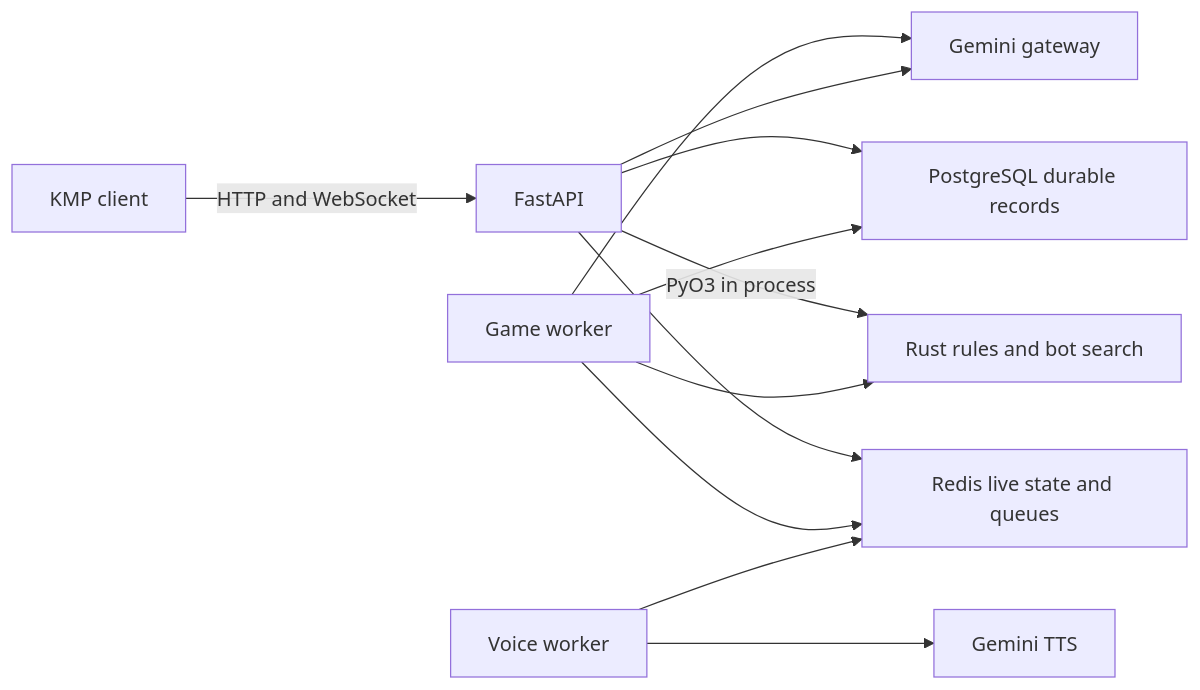
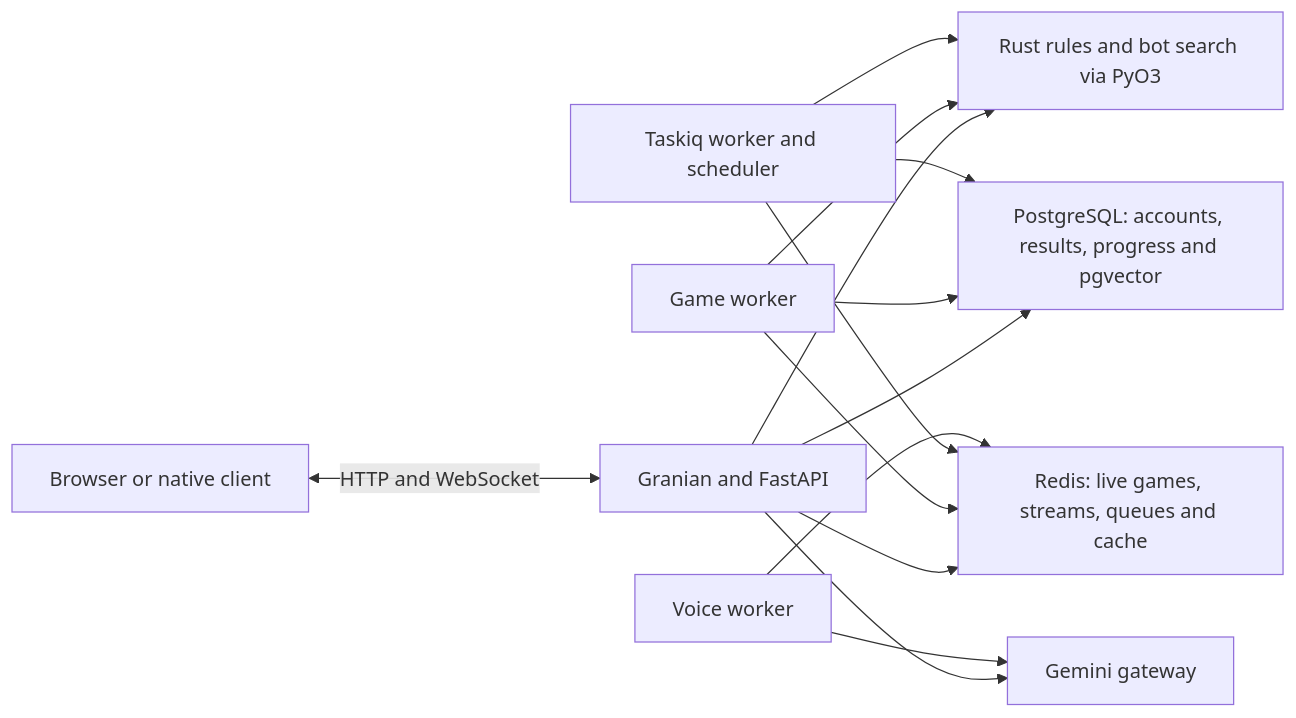
One commit to kishore-bot/DonkE-Backend changed the diagram in docs/STUDY_NOTES.md. Above: the diagram before and after it, drawn with Mermaid. The commit also changed other lines of this file and 17 other files, not shown here.

First line of the commit message:
Isolate game worker scheduling and fence backend retries

````diff
--- a/docs/STUDY_NOTES.md
+++ b/docs/STUDY_NOTES.md
@@ -12,14 +12,16 @@
 ```mermaid
 flowchart LR
-    Client[KMP client] -->|HTTP and WebSocket| API[FastAPI]
-    API -->|PyO3 in process| Engine[Rust rules and bot search]
-    API --> Redis[Redis live state and queues]
-    API --> PG[PostgreSQL durable records]
-    GameWorker[Game worker] --> Redis
-    GameWorker --> PG
-    GameWorker --> Engine
-    GameWorker --> Gateway[Gemini gateway]
-    API --> Gateway
-    VoiceWorker[Voice worker] --> Redis
-    VoiceWorker --> TTS[Gemini TTS]
+    Client[Browser or native client] <-->|HTTP and WebSocket| API[Granian and FastAPI]
+    API --> Rust[Rust rules and bot search via PyO3]
+    API --> Redis[Redis: live games, streams, queues and cache]
+    API --> PG[PostgreSQL: accounts, results, progress and pgvector]
+    Worker[Game worker] --> Rust
+    Worker --> Redis
+    Worker --> PG
+    Jobs[Taskiq worker and scheduler] --> Redis
+    Jobs --> PG
+    Jobs --> Rust
+    API --> Gemini[Gemini gateway]
+    Voice[Voice worker] --> Redis
+    Voice --> Gemini
 ```
````
